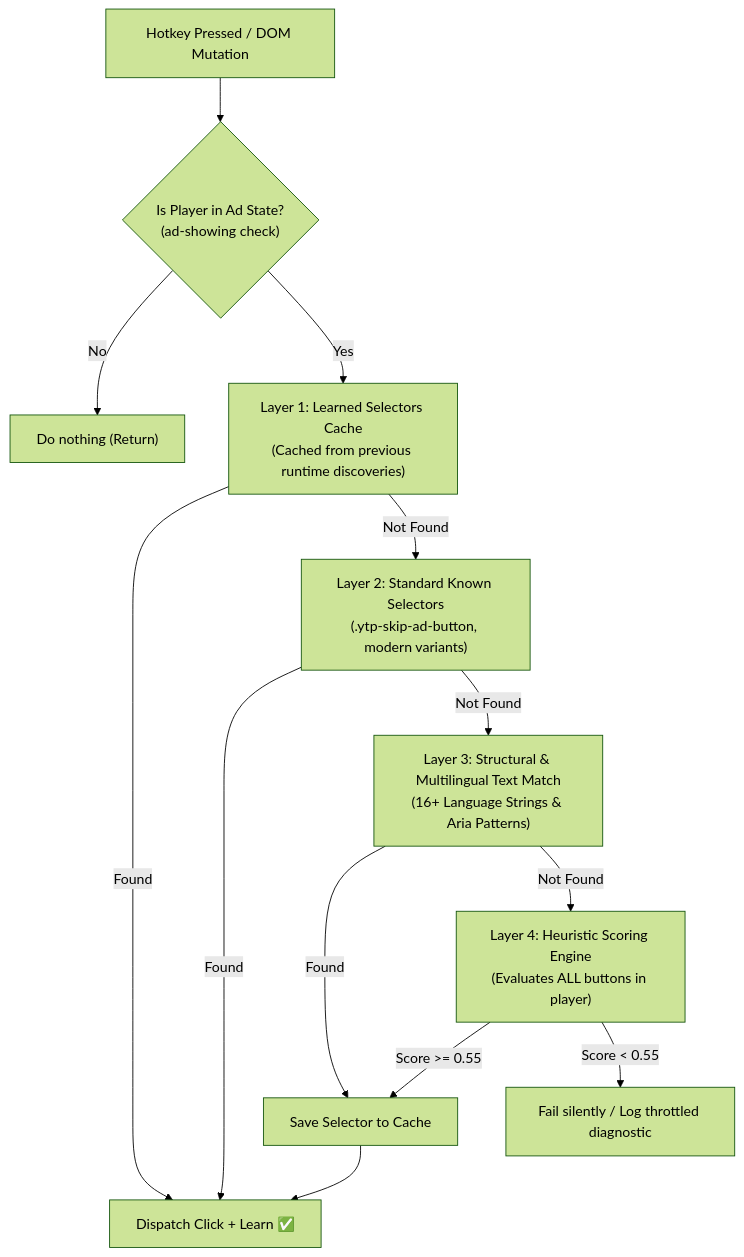
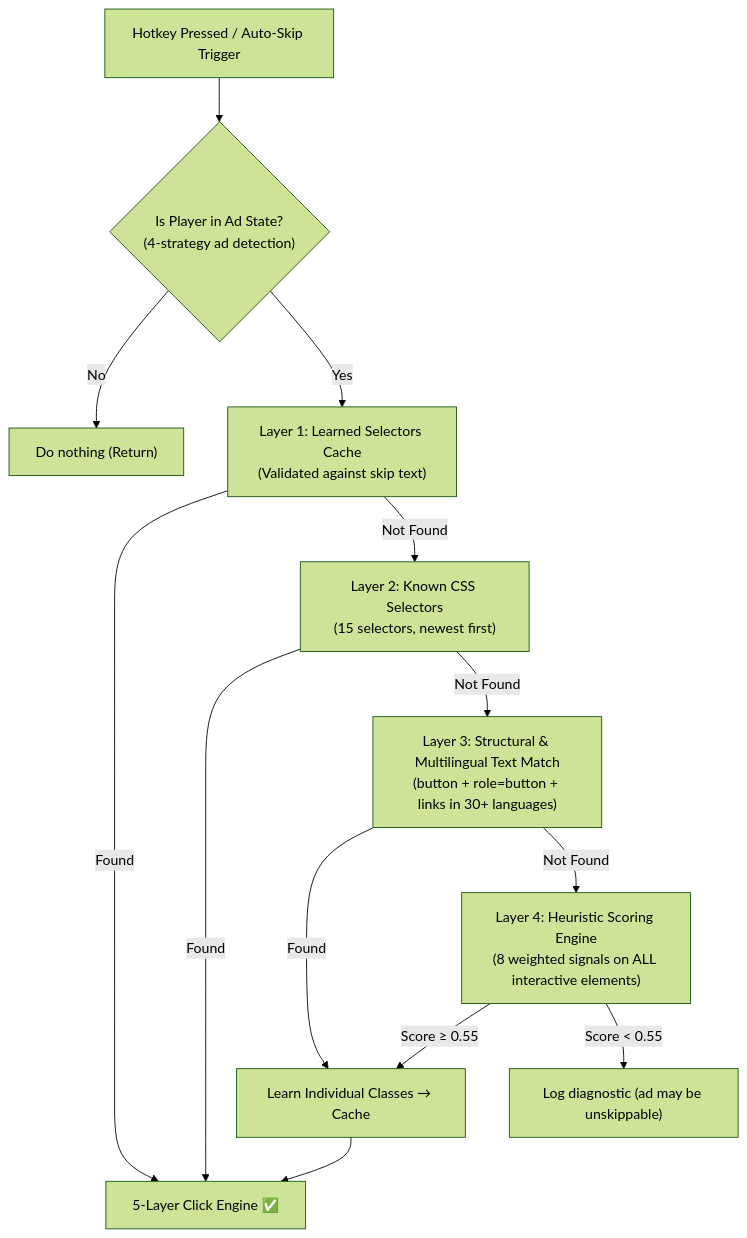
Before and after one commit to WinterJackson/ski: the diagram in README.md, drawn with Mermaid (forest theme). The commit also changed other lines of this file, not shown here.

First line of the commit message:
docs: comprehensive README update — all current features, stats dashboard, 30+ languages, 75 tests

````diff
--- a/README.md
+++ b/README.md
@@ -64,18 +78,18 @@
 ```mermaid
 flowchart TD
-    Start["Hotkey Pressed / DOM Mutation"] --> AdCheck{"Is Player in Ad State?<br/>(ad-showing check)"}
+    Start["Hotkey Pressed / Auto-Skip Trigger"] --> AdCheck{"Is Player in Ad State?<br/>(4-strategy ad detection)"}
     AdCheck -- No --> Exit["Do nothing (Return)"]
-    AdCheck -- Yes --> L1["Layer 1: Learned Selectors Cache<br/>(Cached from previous runtime discoveries)"]
+    AdCheck -- Yes --> L1["Layer 1: Learned Selectors Cache<br/>(Validated against skip text)"]
     
-    L1 -- Found --> Click["Dispatch Click + Learn ✅"]
-    L1 -- Not Found --> L2["Layer 2: Standard Known Selectors<br/>(.ytp-skip-ad-button, modern variants)"]
+    L1 -- Found --> Click["5-Layer Click Engine ✅"]
+    L1 -- Not Found --> L2["Layer 2: Known CSS Selectors<br/>(15 selectors, newest first)"]
     
     L2 -- Found --> Click
-    L2 -- Not Found --> L3["Layer 3: Structural & Multilingual Text Match<br/>(16+ Language Strings & Aria Patterns)"]
+    L2 -- Not Found --> L3["Layer 3: Structural & Multilingual Text Match<br/>(button + role=button + links in 30+ languages)"]
     
-    L3 -- Found --> Learn["Save Selector to Cache"] --> Click
-    L3 -- Not Found --> L4["Layer 4: Heuristic Scoring Engine<br/>(Evaluates ALL buttons in player)"]
+    L3 -- Found --> Learn["Learn Individual Classes → Cache"] --> Click
+    L3 -- Not Found --> L4["Layer 4: Heuristic Scoring Engine<br/>(8 weighted signals on ALL interactive elements)"]
     
-    L4 -- Score >= 0.55 --> Learn
-    L4 -- Score < 0.55 --> Fallback["Fail silently / Log throttled diagnostic"]
+    L4 -- "Score ≥ 0.55" --> Learn
+    L4 -- "Score < 0.55" --> Fallback["Log diagnostic (ad may be unskippable)"]
 ```
````
